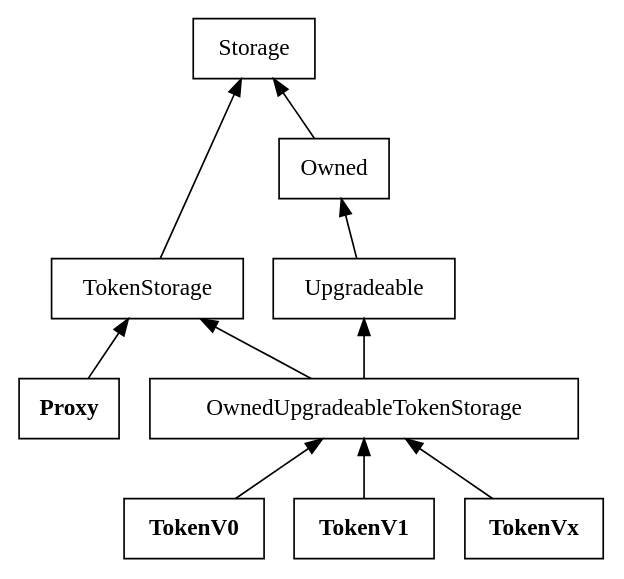
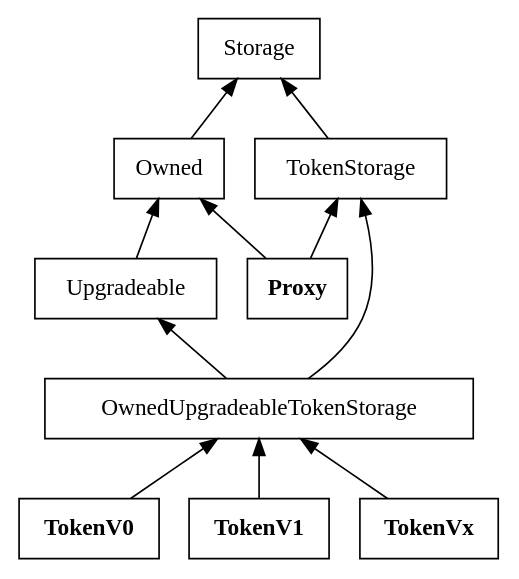
Before and after one commit to threefoldfoundation/tft: the diagram in solidity/setup.dot, drawn with Graphviz. The commit also changed 1 other file, not shown here.

```diff
--- a/solidity/setup.dot
+++ b/solidity/setup.dot
@@ -1,24 +1,25 @@
 digraph erc20_proxy_contracts {
     rankdir = BT;
 
     node [shape="box"];
 
     outs [label="OwnedUpgradeableTokenStorage"];
     up [label="Upgradeable"];
     own [label="Owned"];
     stg [label="Storage"];
     tst [label="TokenStorage"];
 
     node [fontname="times-bold"];
 
     tv0 [label="TokenV0"];
     tv1 [label="TokenV1"];
     tvx [label="TokenVx"];
     prx [label="Proxy"];
 
     tv0 -> outs;
     tv1 -> outs -> up -> own -> stg;
     tvx -> outs;
     outs -> tst;
     prx -> tst -> stg;
+    prx -> own;
  }
```
